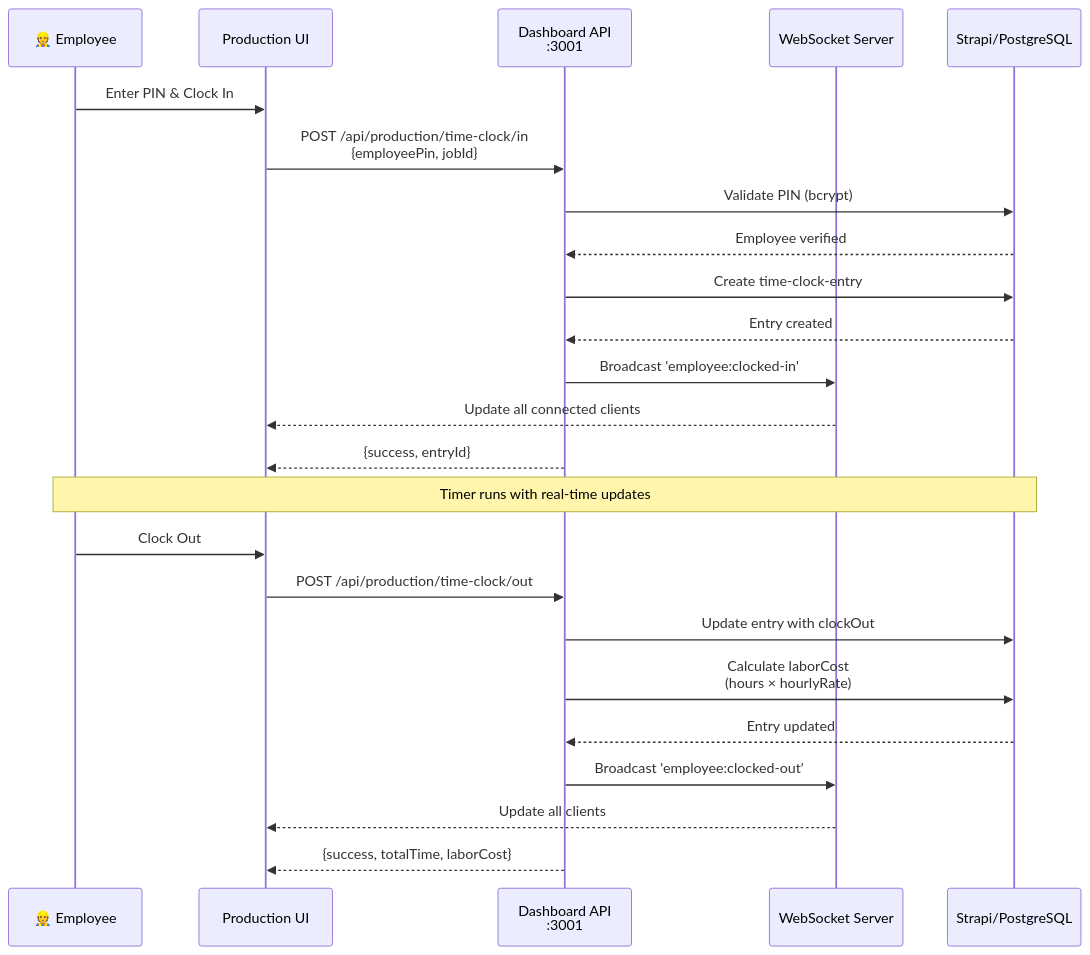
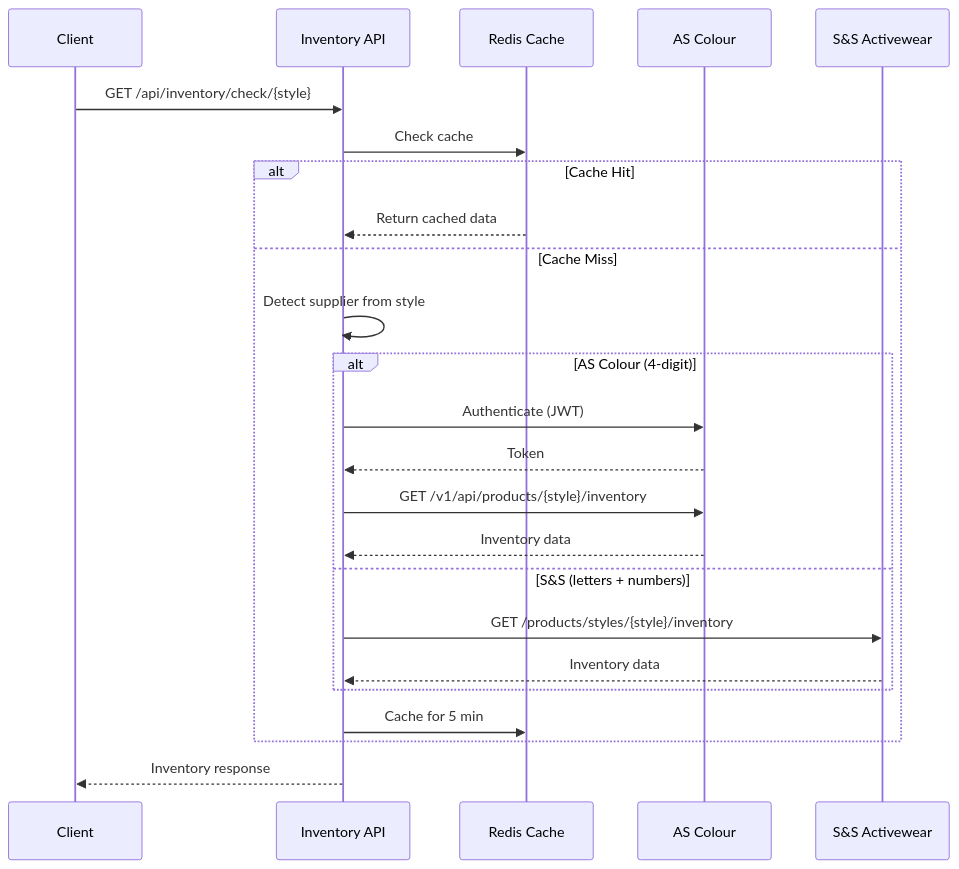
One commit to hypnotizedent/printshop-os changed the third of 4 diagrams in docs/ARCHITECTURE_OVERVIEW.md. Above: the diagram before and after it, drawn with Mermaid. The commit also changed other lines of this file and 173 other files, not shown here.

````diff
--- a/docs/ARCHITECTURE_OVERVIEW.md
+++ b/docs/ARCHITECTURE_OVERVIEW.md
@@ -251,29 +152,27 @@
 ```mermaid
 sequenceDiagram
-    participant E as 👷 Employee
-    participant UI as Production UI
-    participant API as Dashboard API<br/>:3001
-    participant WS as WebSocket Server
-    participant DB as Strapi/PostgreSQL
+    participant C as Client
+    participant API as Inventory API
+    participant RD as Redis Cache
+    participant AS as AS Colour
+    participant SS as S&S Activewear
     
-    E->>UI: Enter PIN & Clock In
-    UI->>API: POST /api/production/time-clock/in<br/>{employeePin, jobId}
-    API->>DB: Validate PIN (bcrypt)
-    DB-->>API: Employee verified
-    API->>DB: Create time-clock-entry
-    DB-->>API: Entry created
-    API->>WS: Broadcast 'employee:clocked-in'
-    WS-->>UI: Update all connected clients
-    API-->>UI: {success, entryId}
-    
-    Note over E,DB: Timer runs with real-time updates
-    
-    E->>UI: Clock Out
-    UI->>API: POST /api/production/time-clock/out
-    API->>DB: Update entry with clockOut
-    API->>DB: Calculate laborCost<br/>(hours × hourlyRate)
-    DB-->>API: Entry updated
-    API->>WS: Broadcast 'employee:clocked-out'
-    WS-->>UI: Update all clients
-    API-->>UI: {success, totalTime, laborCost}
+    C->>API: GET /api/inventory/check/{style}
+    API->>RD: Check cache
+    alt Cache Hit
+        RD-->>API: Return cached data
+    else Cache Miss
+        API->>API: Detect supplier from style
+        alt AS Colour (4-digit)
+            API->>AS: Authenticate (JWT)
+            AS-->>API: Token
+            API->>AS: GET /v1/api/products/{style}/inventory
+            AS-->>API: Inventory data
+        else S&S (letters + numbers)
+            API->>SS: GET /products/styles/{style}/inventory
+            SS-->>API: Inventory data
+        end
+        API->>RD: Cache for 5 min
+    end
+    API-->>C: Inventory response
 ```
````
